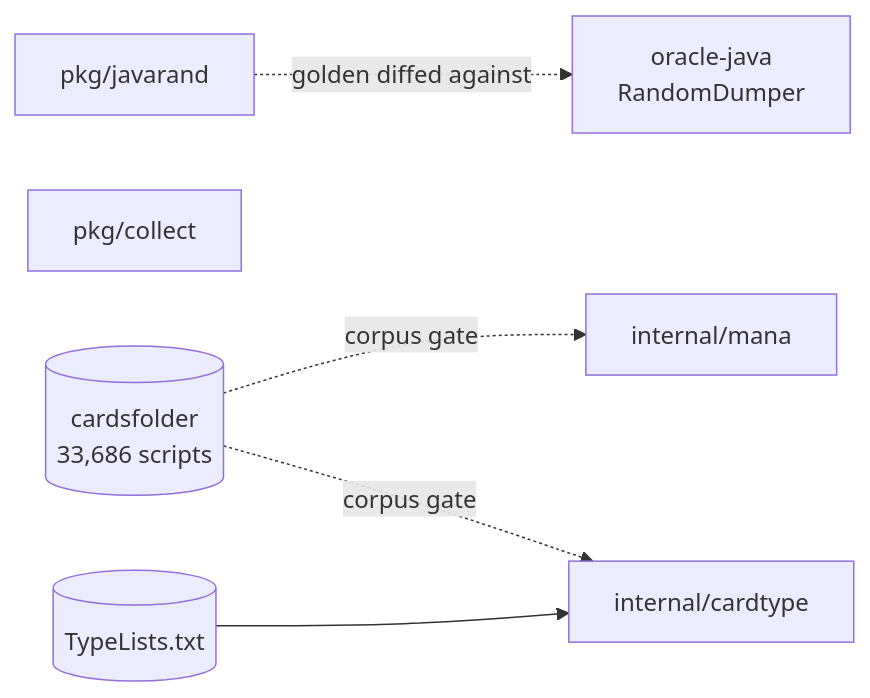
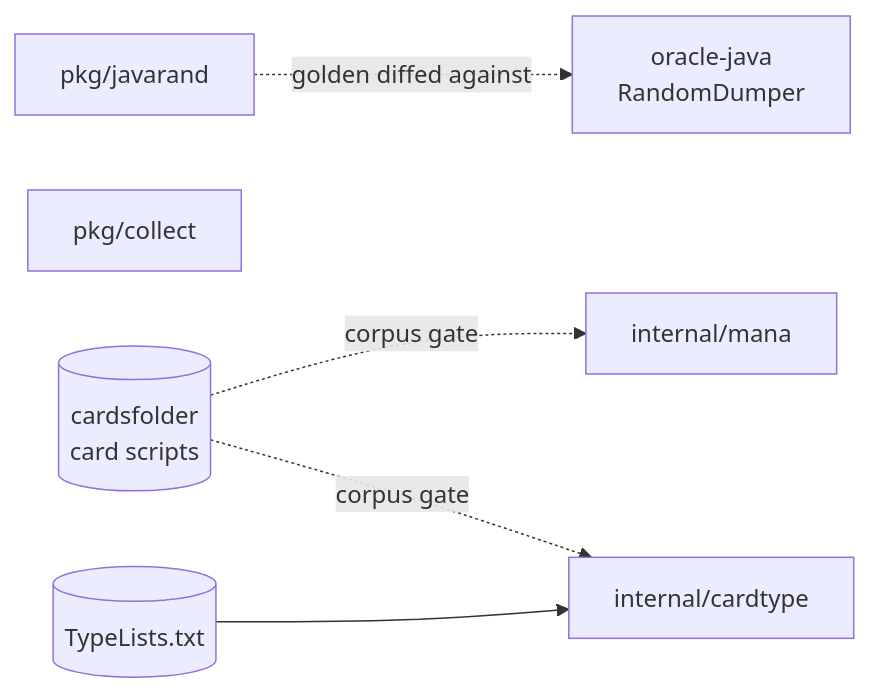
Before and after one commit to Card-Forge/forge: the diagram in docs/crucible/architecture/module-map.md, drawn with Mermaid. The commit also changed 21 other files, not shown here.

````diff
--- a/docs/crucible/architecture/module-map.md
+++ b/docs/crucible/architecture/module-map.md
@@ -56,8 +56,8 @@
 ```mermaid
 flowchart LR
   javarand["pkg/javarand"] -. "golden diffed against" .-> oracle["oracle-java<br/>RandomDumper"]
   collect["pkg/collect"]
-  scripts[("cardsfolder<br/>33,686 scripts")] -. "corpus gate" .-> mana["internal/mana"]
+  scripts[("cardsfolder<br/>card scripts")] -. "corpus gate" .-> mana["internal/mana"]
   scripts -. "corpus gate" .-> ct["internal/cardtype"]
   lists[("TypeLists.txt")] --> ct
 ```
````
